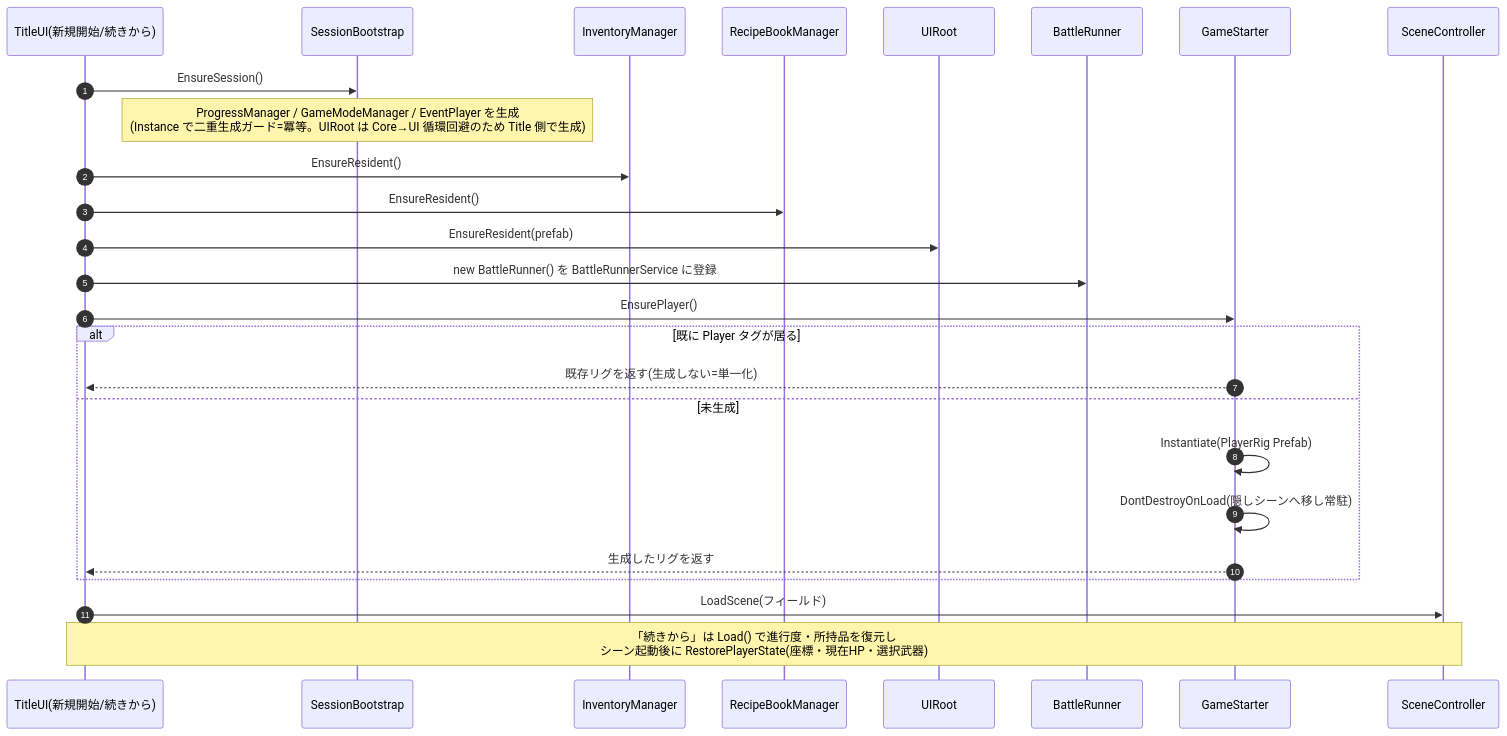
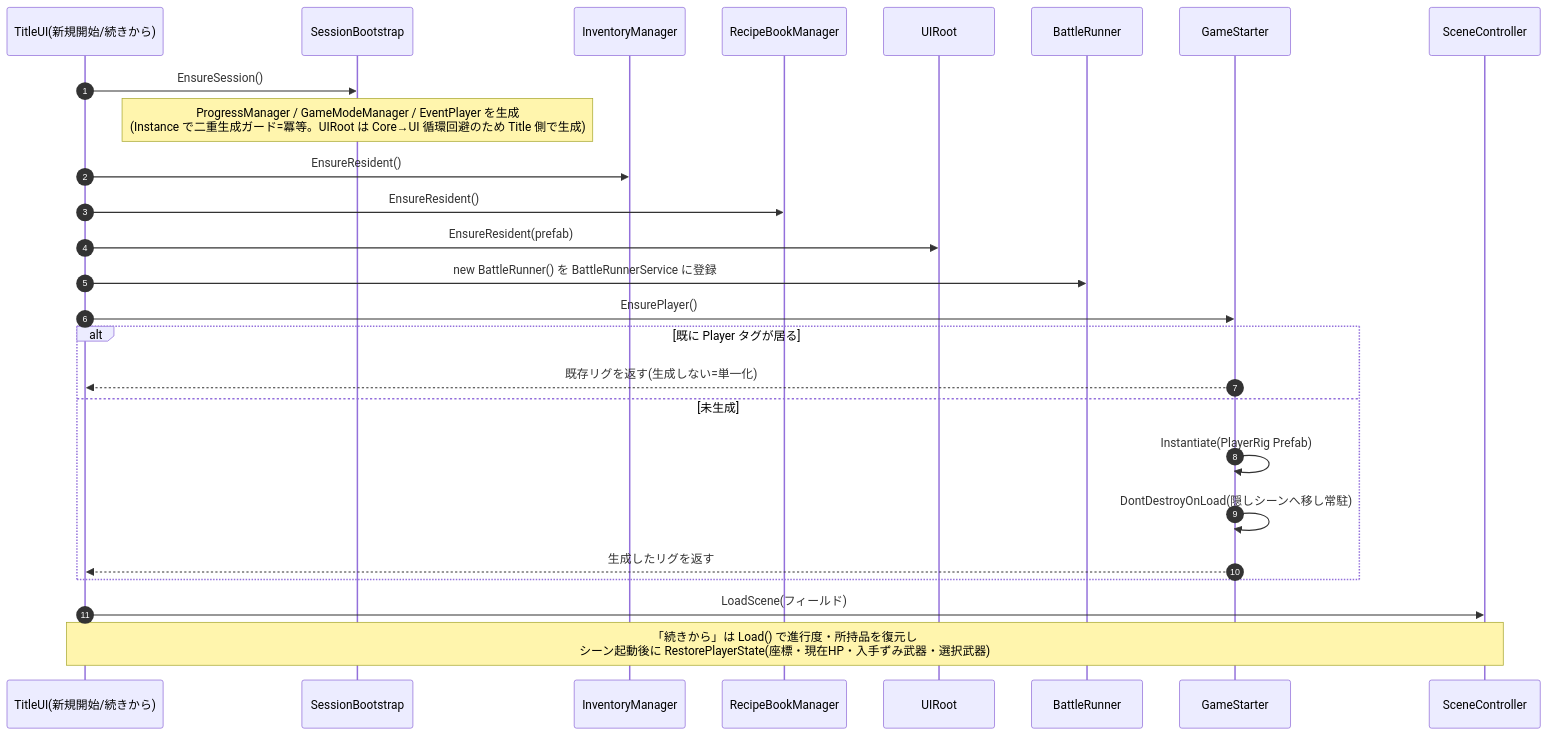
One commit to CreativeAI2026/documents changed the diagram in PlayerImplementation.md. Above: the diagram before and after it, drawn with Mermaid. The commit also changed other lines of this file, not shown here.

Commit message:
プレイヤーリグの武器を初期0本・鎌対応に更新し復元項目へ入手ずみ武器を追加

````diff
--- a/PlayerImplementation.md
+++ b/PlayerImplementation.md
@@ -29,29 +29,29 @@
 ```mermaid
 sequenceDiagram
     autonumber
     participant T as TitleUI(新規開始/続きから)
     participant SB as SessionBootstrap
     participant INV as InventoryManager
     participant RB as RecipeBookManager
     participant UIR as UIRoot
     participant BR as BattleRunner
     participant GS as GameStarter
     participant SC as SceneController
 
     T->>SB: EnsureSession()
     Note over SB: ProgressManager / GameModeManager / EventPlayer を生成<br/>(Instance で二重生成ガード=冪等。UIRoot は Core→UI 循環回避のため Title 側で生成)
     T->>INV: EnsureResident()
     T->>RB: EnsureResident()
     T->>UIR: EnsureResident(prefab)
     T->>BR: new BattleRunner() を BattleRunnerService に登録
     T->>GS: EnsurePlayer()
     alt 既に Player タグが居る
         GS-->>T: 既存リグを返す(生成しない=単一化)
     else 未生成
         GS->>GS: Instantiate(PlayerRig Prefab)
         GS->>GS: DontDestroyOnLoad(隠しシーンへ移し常駐)
         GS-->>T: 生成したリグを返す
     end
     T->>SC: LoadScene(フィールド)
-    Note over T,SC: 「続きから」は Load() で進行度・所持品を復元し<br/>シーン起動後に RestorePlayerState(座標・現在HP・選択武器)
+    Note over T,SC: 「続きから」は Load() で進行度・所持品を復元し<br/>シーン起動後に RestorePlayerState(座標・現在HP・入手ずみ武器・選択武器)
 ```
````
